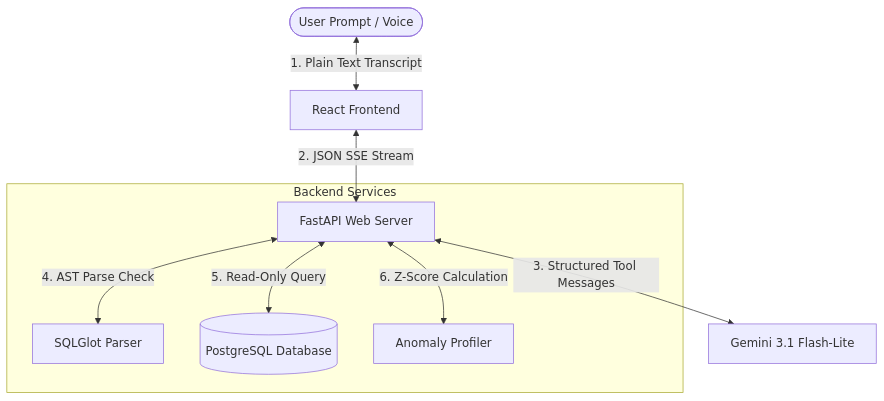
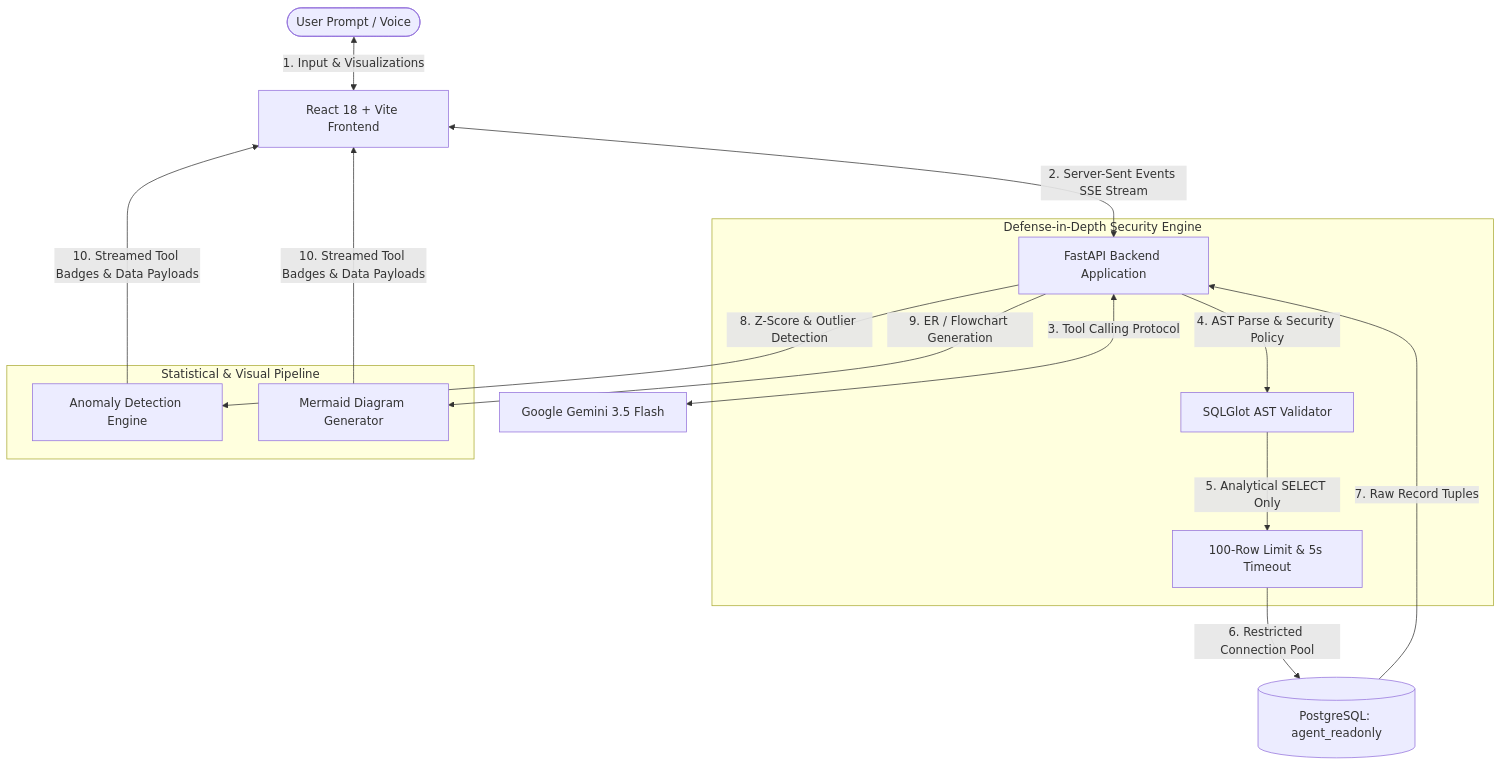
The diagram in README.md (balax-24/ledger-sql-agent), drawn with Mermaid before and after one commit. The commit also changed other lines of this file and 27 other files, not shown here.

First line of the commit message:
feat: Finalize live-readiness hardening, defense-in-depth security, and Gemini Flash-Lite configuration

````diff
--- a/README.md
+++ b/README.md
@@ -102,12 +106,22 @@
 ```mermaid
 flowchart TD
-    User([User Prompt / Voice]) <-->|1. Plain Text Transcript| UI[React Frontend]
-    UI <-->|2. JSON SSE Stream| Backend[FastAPI Web Server]
-    Backend <-->|3. Structured Tool Messages| Gemini[Gemini 3.1 Flash-Lite]
-    
-    subgraph Backend Services
-        Backend <-->|4. AST Parse Check| Validator[SQLGlot Parser]
-        Backend <-->|5. Read-Only Query| DB[(PostgreSQL Database)]
-        Backend <-->|6. Z-Score Calculation| Anomaly[Anomaly Profiler]
+    User([User Prompt / Voice]) <-->|1. Input & Visualizations| UI[React 18 + Vite Frontend]
+    UI <-->|2. Server-Sent Events SSE Stream| Backend[FastAPI Backend Application]
+    Backend <-->|3. Tool Calling Protocol| LLM[Google Gemini 3.5 Flash]
+
+    subgraph Security_Engine [Defense-in-Depth Security Engine]
+        Backend -->|4. AST Parse & Security Policy| AST[SQLGlot AST Validator]
+        AST -->|5. Analytical SELECT Only| DBPolicy[100-Row Limit & 5s Timeout]
     end
+
+    DBPolicy -->|6. Restricted Connection Pool| PG[(PostgreSQL: agent_readonly)]
+    PG -->|7. Raw Record Tuples| Backend
+
+    subgraph Analytics_Layer [Statistical & Visual Pipeline]
+        Backend -->|8. Z-Score & Outlier Detection| Anomaly[Anomaly Detection Engine]
+        Backend -->|9. ER / Flowchart Generation| Diagram[Mermaid Diagram Generator]
+    end
+
+    Anomaly -->|10. Streamed Tool Badges & Data Payloads| UI
+    Diagram -->|10. Streamed Tool Badges & Data Payloads| UI
 ```
````
